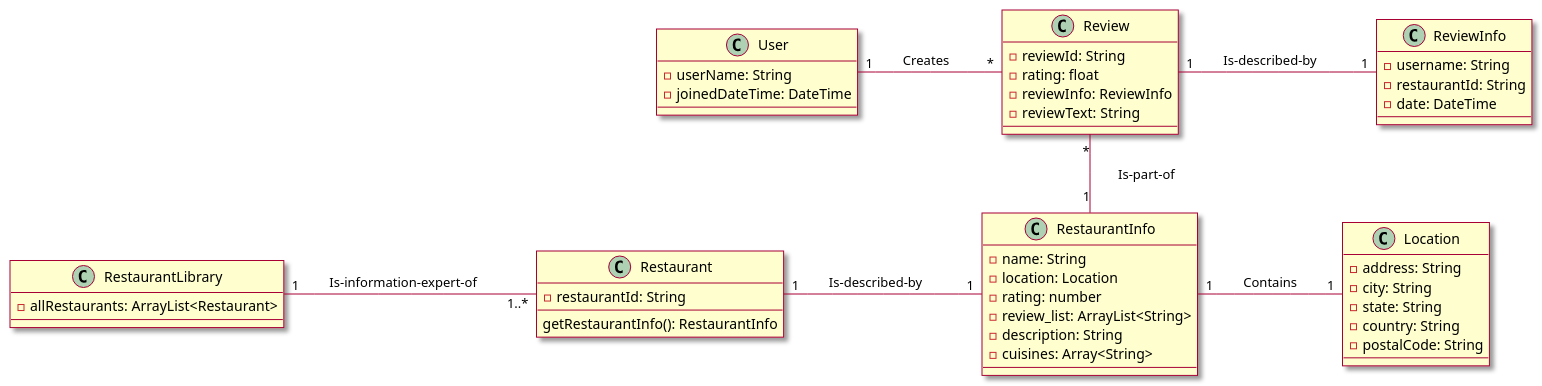
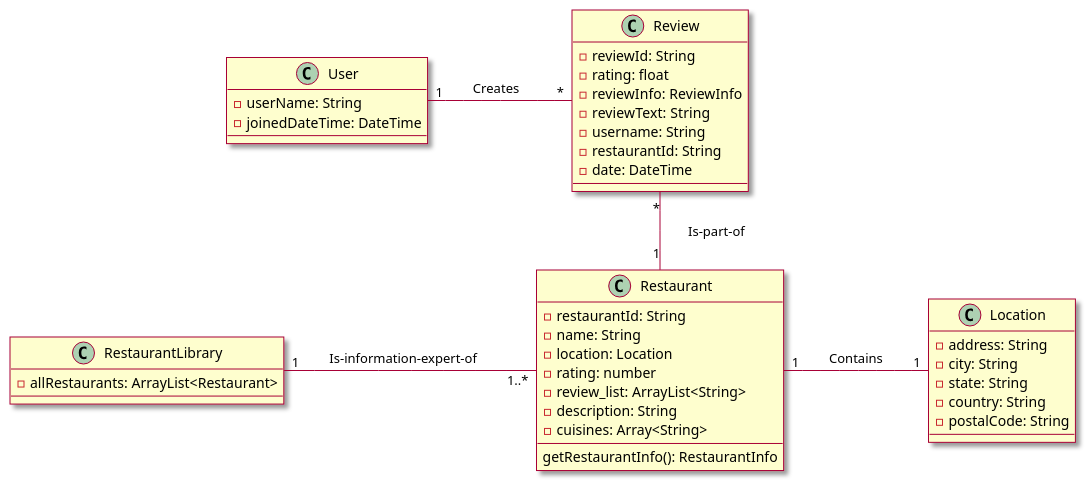
Before and after one commit to tanwasp/LunchBox-Android: the second of 2 diagrams in intellij/doc/design.md, drawn with PlantUML. The commit also changed other lines of this file, not shown here.

Commit message:
getting back design.md

````diff
--- a/intellij/doc/design.md
+++ b/intellij/doc/design.md
@@ -36,59 +35,51 @@
 ```plantuml
 @startuml
 skin rose
 'skinparam classAttributeIconSize 0
 
 class Restaurant{
     -restaurantId: String
-    --
-    getRestaurantInfo(): RestaurantInfo
-}
-
-class RestaurantInfo{
     -name: String
     -location: Location
     -rating: number
     -review_list: ArrayList<String>
     -description: String
     -cuisines: Array<String>
+    --
+    getRestaurantInfo(): RestaurantInfo
 }
 
 class Location{
     -address: String
     -city: String
     -state: String
     -country: String
     -postalCode: String
 }
 
 class Review{
     -reviewId: String
     -rating: float
     -reviewInfo: ReviewInfo
     -reviewText: String
-}
-
-class ReviewInfo{
     -username: String
     -restaurantId: String
     -date: DateTime
 }
 
 class User{
     -userName: String
     -joinedDateTime: DateTime
 }
 
 class RestaurantLibrary{
     -allRestaurants: ArrayList<Restaurant>
 }
 
 ' associations
 RestaurantLibrary "1" - "1..*" Restaurant : \tIs-information-expert-of\t\t
-Restaurant "1" - "1" RestaurantInfo : \tIs-described-by\t\t
-RestaurantInfo "1" - "1" Location : \tContains\t\t
-Review "*" -- "1" RestaurantInfo : \tIs-part-of\t\t
-Review "1" - "1" ReviewInfo : \tIs-described-by\t\t
+Restaurant "1" - "1" Location : \tContains\t\t
+Review "*" -- "1" Restaurant : \tIs-part-of\t\t
 User "1" - "*" Review : \tCreates\t\t
 @enduml
 ```
````
